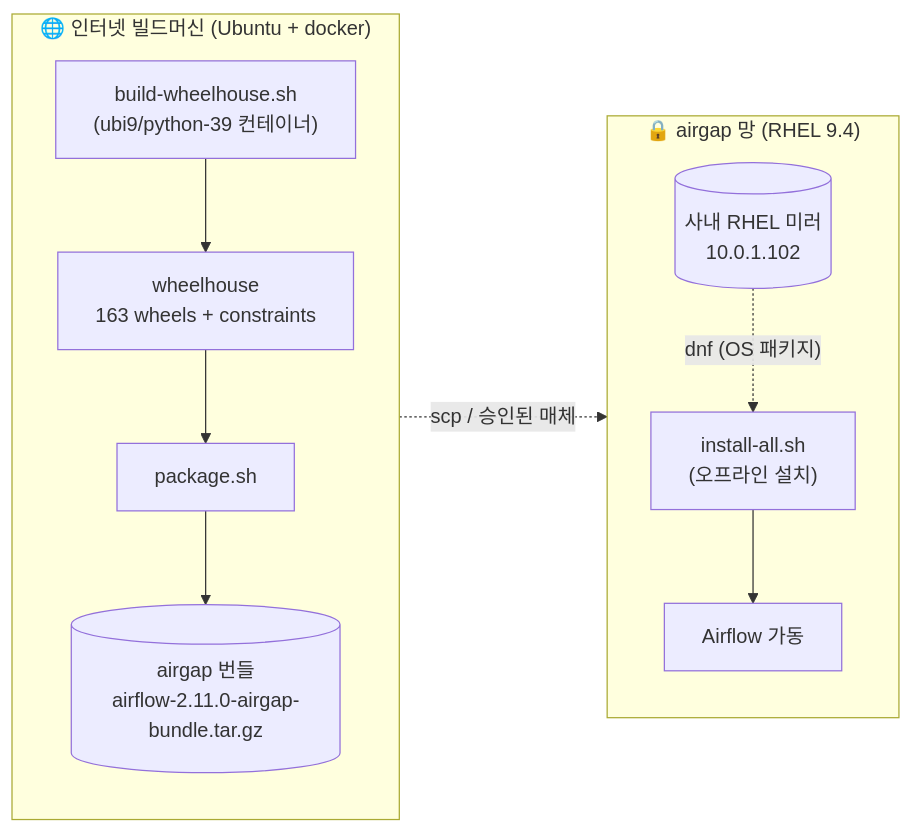
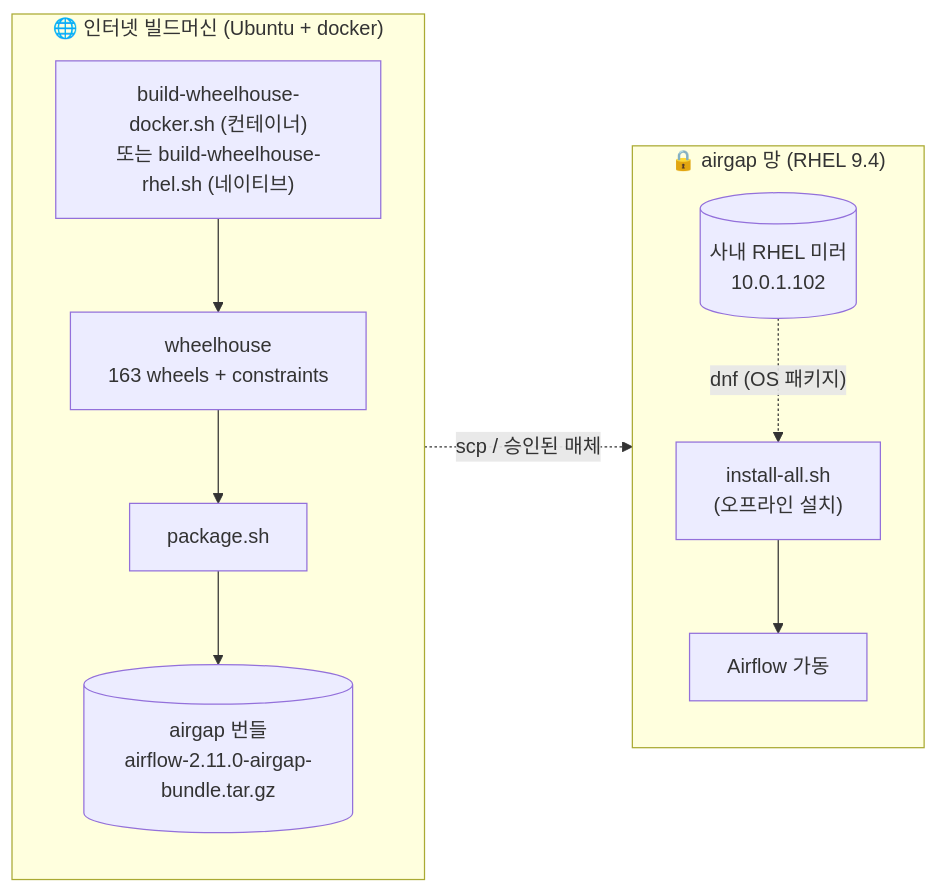
Before and after one commit to DataDynamics/airflow-installation: the first of 4 diagrams in README.md, drawn with Mermaid. The commit also changed other lines of this file and 6 other files, not shown here.

First line of the commit message:
Split wheelhouse builder into docker/rhel variants

````diff
--- a/README.md
+++ b/README.md
@@ -16,17 +16,17 @@
 ```mermaid
 flowchart LR
   subgraph BUILD["🌐 인터넷 빌드머신 (Ubuntu + docker)"]
     direction TB
-    A["build-wheelhouse.sh<br/>(ubi9/python-39 컨테이너)"] --> B["wheelhouse<br/>163 wheels + constraints"]
+    A["build-wheelhouse-docker.sh (컨테이너)<br/>또는 build-wheelhouse-rhel.sh (네이티브)"] --> B["wheelhouse<br/>163 wheels + constraints"]
     B --> C["package.sh"]
     C --> D[("airgap 번들<br/>airflow-2.11.0-airgap-bundle.tar.gz")]
   end
 
   D -. "scp / 승인된 매체" .-> E
 
   subgraph AIR["🔒 airgap 망 (RHEL 9.4)"]
     direction TB
     M[("사내 RHEL 미러<br/>10.0.1.102")] -. "dnf (OS 패키지)" .-> E
     E["install-all.sh<br/>(오프라인 설치)"] --> F["Airflow 가동"]
   end
 ```
````
